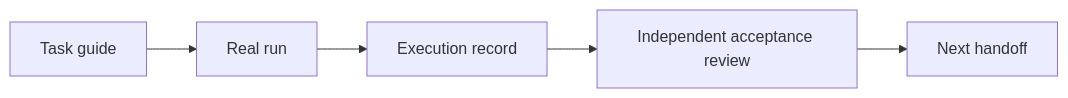
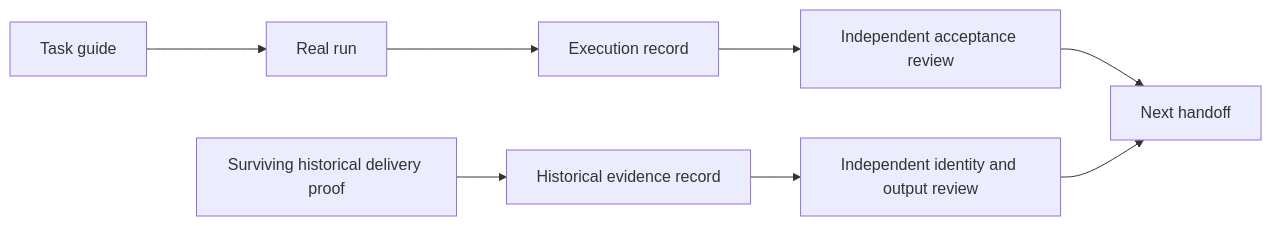
Before and after one commit to Local-Service-Spotlight/task-library: the diagram in EXECUTION-LEDGER.md, drawn with Mermaid. The commit also changed other lines of this file and 14 other files, not shown here.

Commit message:
Recover historical delivery proof without inflating task verification

````diff
--- a/EXECUTION-LEDGER.md
+++ b/EXECUTION-LEDGER.md
@@ -5,7 +5,10 @@
 ```mermaid
 flowchart LR
   Guide[Task guide] --> Run[Real run]
   Run --> Record[Execution record]
   Record --> Review[Independent acceptance review]
   Review --> Next[Next handoff]
+  Old[Surviving historical delivery proof] --> Hist[Historical evidence record]
+  Hist --> HistReview[Independent identity and output review]
+  HistReview --> Next
 ```
````
